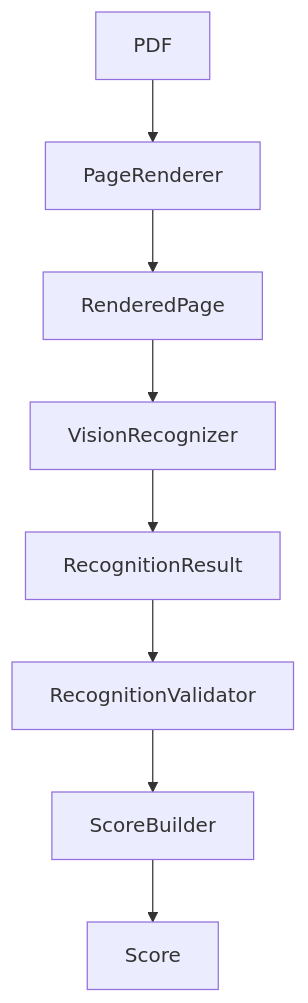
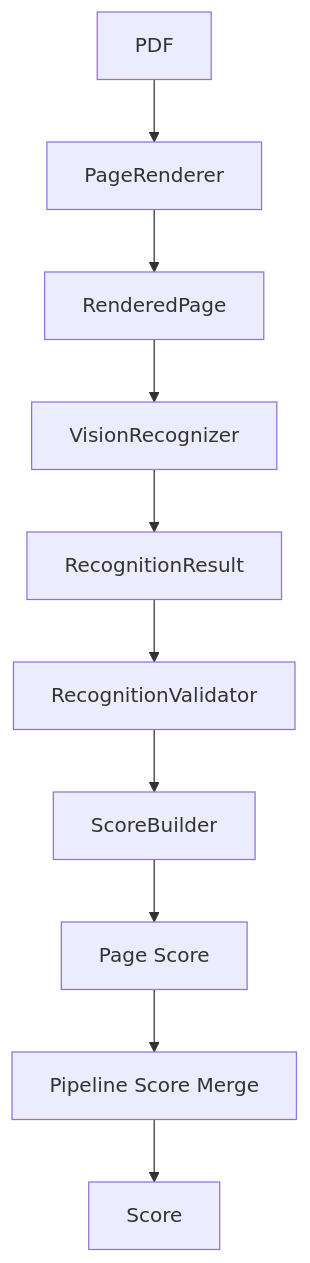
Before and after one commit to takigawa401/Sheet2DrumMidi: the diagram in docs/architecture/recognition_pipeline.md, drawn with Mermaid. The commit also changed other lines of this file and 4 other files, not shown here.

Commit message:
Support Multi-page PDF Recognition Pipeline

````diff
--- a/docs/architecture/recognition_pipeline.md
+++ b/docs/architecture/recognition_pipeline.md
@@ -9,10 +9,12 @@
 ```mermaid
 flowchart TD
     PDF[PDF] --> PageRenderer[PageRenderer]
     PageRenderer --> RenderedPage[RenderedPage]
     RenderedPage --> VisionRecognizer[VisionRecognizer]
     VisionRecognizer --> RecognitionResult[RecognitionResult]
     RecognitionResult --> RecognitionValidator[RecognitionValidator]
     RecognitionValidator --> ScoreBuilder[ScoreBuilder]
-    ScoreBuilder --> Score[Score]
+    ScoreBuilder --> PageScore[Page Score]
+    PageScore --> ScoreMerge[Pipeline Score Merge]
+    ScoreMerge --> Score[Score]
 ```
````
